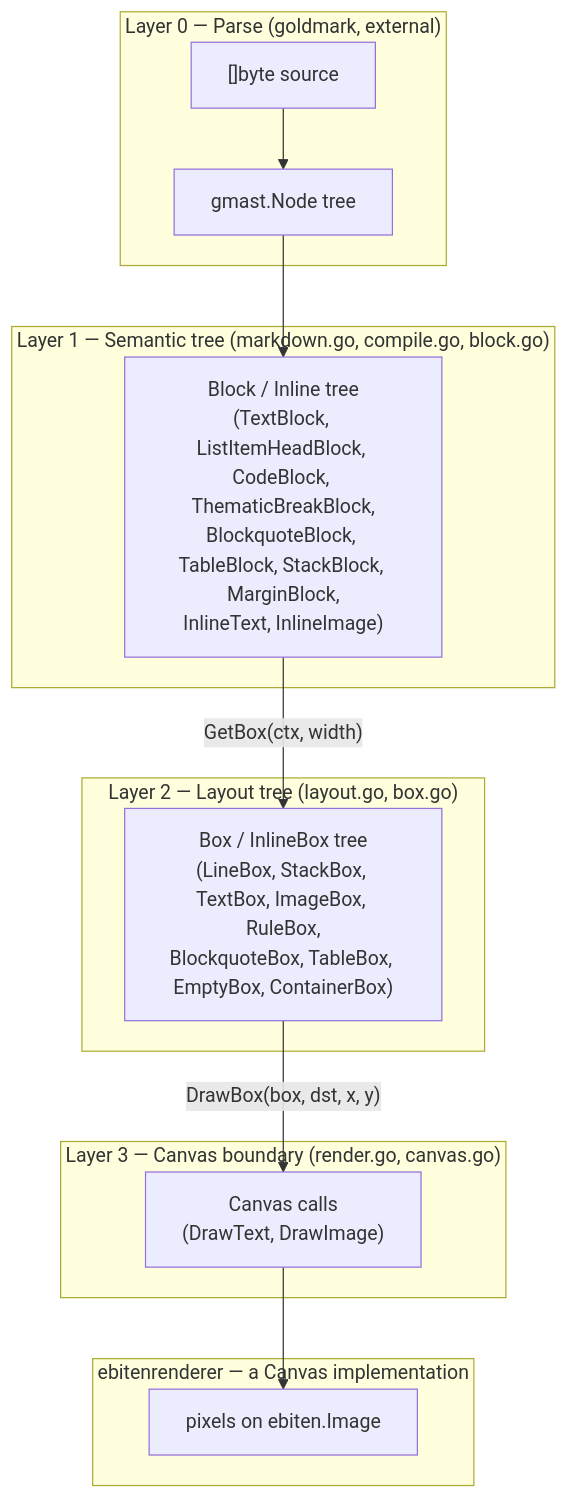
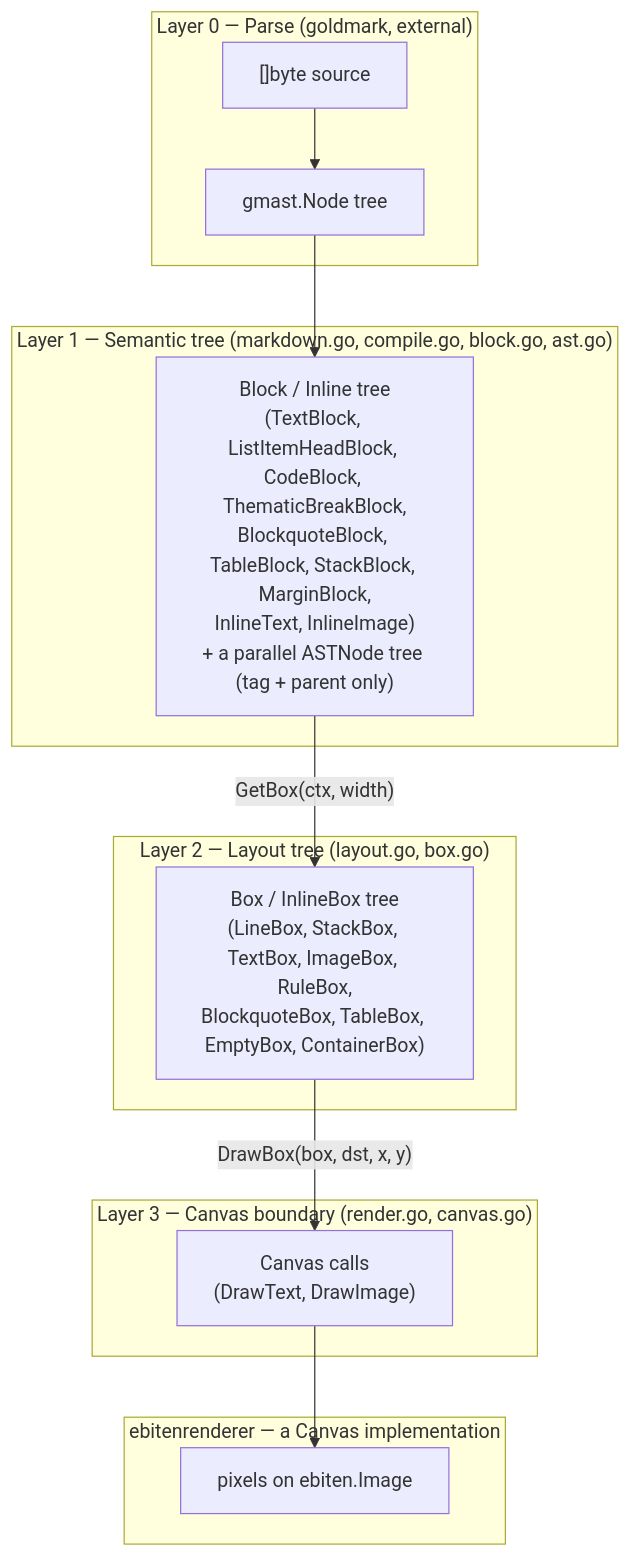
Before and after one commit to arnodel/whynot: the diagram in ARCHITECTURE.md, drawn with Mermaid. The commit also changed other lines of this file and 2 other files, not shown here.

````diff
--- a/ARCHITECTURE.md
+++ b/ARCHITECTURE.md
@@ -27,18 +27,18 @@
 ```mermaid
 flowchart TD
     subgraph L0["Layer 0 — Parse (goldmark, external)"]
         A["[]byte source"] --> B["gmast.Node tree"]
     end
-    subgraph L1["Layer 1 — Semantic tree (markdown.go, compile.go, block.go)"]
-        B --> C["Block / Inline tree\n(TextBlock, ListItemHeadBlock, CodeBlock, ThematicBreakBlock,\nBlockquoteBlock, TableBlock, StackBlock, MarginBlock,\nInlineText, InlineImage)"]
+    subgraph L1["Layer 1 — Semantic tree (markdown.go, compile.go, block.go, ast.go)"]
+        B --> C["Block / Inline tree\n(TextBlock, ListItemHeadBlock, CodeBlock, ThematicBreakBlock,\nBlockquoteBlock, TableBlock, StackBlock, MarginBlock,\nInlineText, InlineImage)\n+ a parallel ASTNode tree (tag + parent only)"]
     end
     subgraph L2["Layer 2 — Layout tree (layout.go, box.go)"]
         C -- "GetBox(ctx, width)" --> D["Box / InlineBox tree\n(LineBox, StackBox, TextBox, ImageBox, RuleBox,\nBlockquoteBox, TableBox, EmptyBox, ContainerBox)"]
     end
     subgraph L3["Layer 3 — Canvas boundary (render.go, canvas.go)"]
         D -- "DrawBox(box, dst, x, y)" --> E["Canvas calls\n(DrawText, DrawImage)"]
     end
     subgraph L4["ebitenrenderer — a Canvas implementation"]
         E --> F["pixels on ebiten.Image"]
     end
 ```
````
